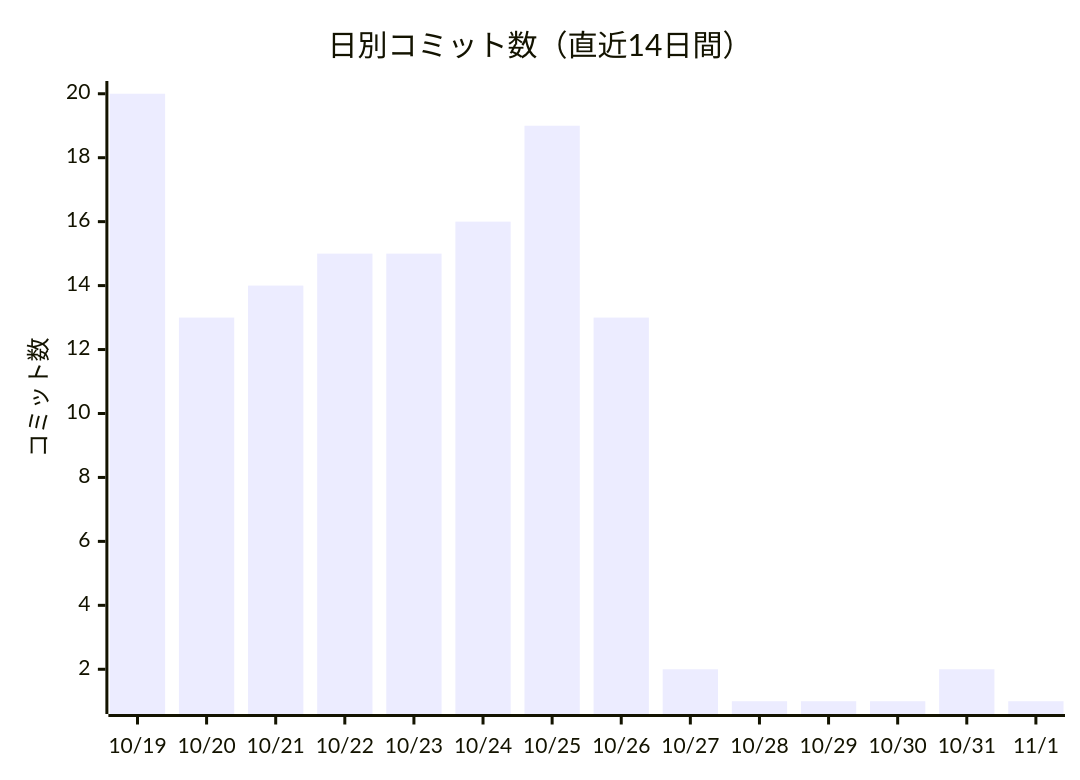
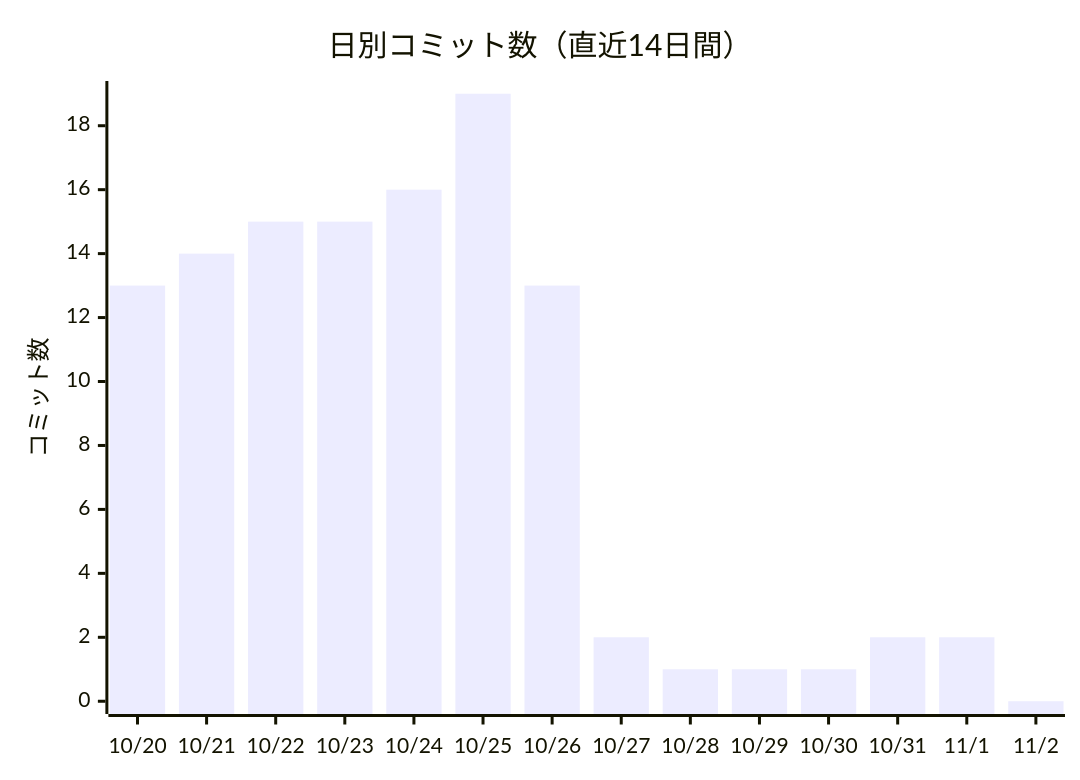
Before and after one commit to non-x2/non-x2: the first of 2 diagrams in docs/進化レポート.md, drawn with Mermaid. The commit also changed other lines of this file and 1 other file, not shown here.

````diff
--- a/docs/進化レポート.md
+++ b/docs/進化レポート.md
@@ -23,7 +23,7 @@
 ```mermaid
 xychart-beta
     title "日別コミット数（直近14日間）"
-    x-axis ["10/19", "10/20", "10/21", "10/22", "10/23", "10/24", "10/25", "10/26", "10/27", "10/28", "10/29", "10/30", "10/31", "11/1"]
+    x-axis ["10/20", "10/21", "10/22", "10/23", "10/24", "10/25", "10/26", "10/27", "10/28", "10/29", "10/30", "10/31", "11/1", "11/2"]
     y-axis "コミット数"
-    bar [20, 13, 14, 15, 15, 16, 19, 13, 2, 1, 1, 1, 2, 1]
+    bar [13, 14, 15, 15, 16, 19, 13, 2, 1, 1, 1, 2, 2, 0]
 ```
````
